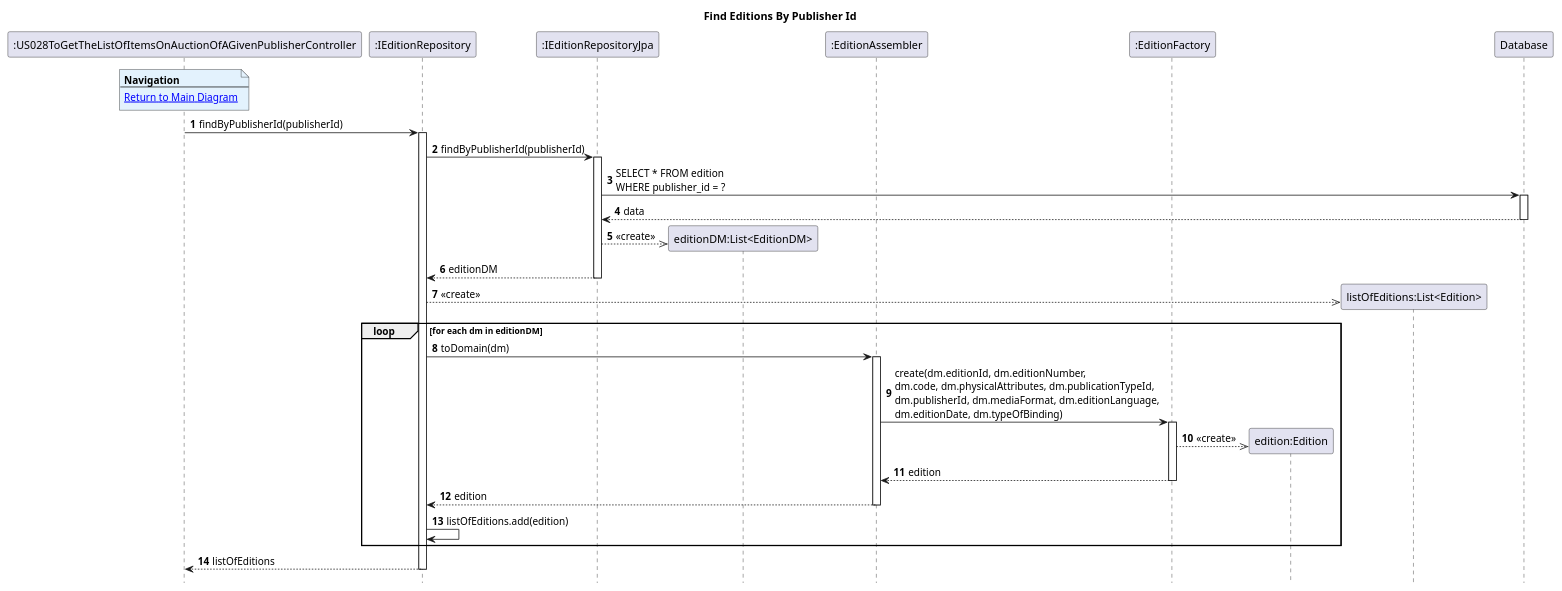
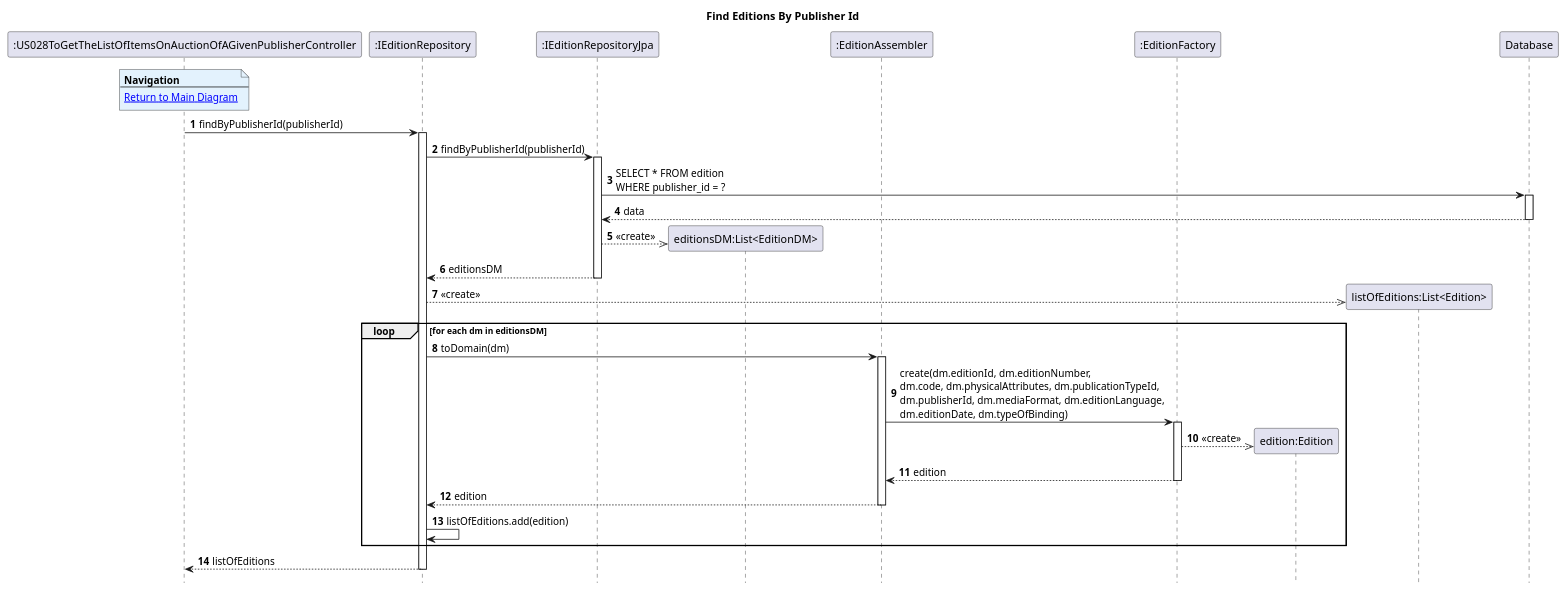
The diagram in Diagrams/SequenceDiagrams/N2/To-get-list-of-items-on-auction-of-an-given-publisher/Find-Edition-Ids-By-Publisher-Id.puml (AndrePereiraGitH/SWitCH-Project-Team_A), drawn with PlantUML before and after one commit. The commit also changed 1 other file, not shown here.

```diff
--- a/Diagrams/SequenceDiagrams/N2/To-get-list-of-items-on-auction-of-an-given-publisher/Find-Edition-Ids-By-Publisher-Id.puml
+++ b/Diagrams/SequenceDiagrams/N2/To-get-list-of-items-on-auction-of-an-given-publisher/Find-Edition-Ids-By-Publisher-Id.puml
@@ -1,59 +1,59 @@
 @startuml
 hide footbox
 autonumber
 title Find Editions By Publisher Id
 
 participant ":US028ToGetTheListOfItemsOnAuctionOfAGivenPublisherController" as Ctrl
 participant ":IEditionRepository" as editionRepo
 participant ":IEditionRepositoryJpa" as editionJpa
-participant "editionDM:List<EditionDM>" as editionDMList
+participant "editionsDM:List<EditionDM>" as editionsDMList
 participant ":EditionAssembler" as editionAssembler
 participant ":EditionFactory" as editionFactory
 participant "edition:Edition" as edition
 participant "listOfEditions:List<Edition>" as listOfEditions
 participant "Database" as db
 
 note over Ctrl #E3F2FD
 <b>Navigation</b>
 ---
 [[./main.puml Return to Main Diagram]]
 end note
 
 Ctrl -> editionRepo : findByPublisherId(publisherId)
 activate editionRepo
 
 editionRepo -> editionJpa : findByPublisherId(publisherId)
 activate editionJpa
 
 editionJpa -> db : SELECT * FROM edition\nWHERE publisher_id = ?
 activate db
 db --> editionJpa : data
 deactivate db
 
-editionJpa -->> editionDMList ** : <<create>>
-editionJpa --> editionRepo : editionDM
+editionJpa -->> editionsDMList ** : <<create>>
+editionJpa --> editionRepo : editionsDM
 deactivate editionJpa
 
 editionRepo -->> listOfEditions ** : <<create>>
 
-loop for each dm in editionDM
+loop for each dm in editionsDM
     editionRepo -> editionAssembler : toDomain(dm)
     activate editionAssembler
 
     editionAssembler -> editionFactory : create(dm.editionId, dm.editionNumber,\ndm.code, dm.physicalAttributes, dm.publicationTypeId,\ndm.publisherId, dm.mediaFormat, dm.editionLanguage,\ndm.editionDate, dm.typeOfBinding)
     activate editionFactory
 
     editionFactory -->> edition ** : <<create>>
     editionFactory --> editionAssembler : edition
     deactivate editionFactory
 
     editionAssembler --> editionRepo : edition
     deactivate editionAssembler
 
     editionRepo -> editionRepo : listOfEditions.add(edition)
 end
 
 editionRepo --> Ctrl : listOfEditions
 deactivate editionRepo
 
 @enduml
```
